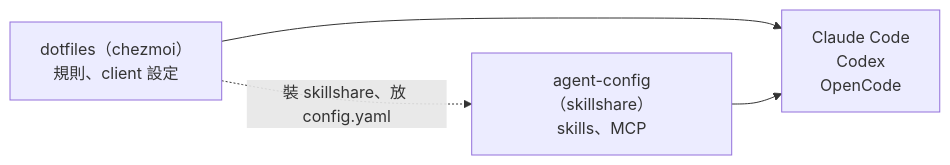
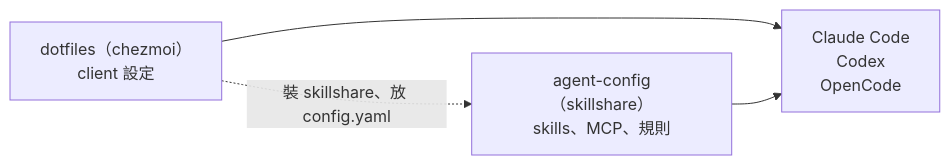
Before and after one commit to henry5720/dotfiles: the diagram in docs/ai-agent-setup.md, drawn with Mermaid. The commit also changed other lines of this file and 13 other files, not shown here.

First line of the commit message:
全域指令檔與 commit 指引交給 agent-config 的 extras

````diff
--- a/docs/ai-agent-setup.md
+++ b/docs/ai-agent-setup.md
@@ -26,10 +26,10 @@
 ```mermaid
 flowchart LR
-  dotfiles["dotfiles（chezmoi）<br/>規則、client 設定"]
-  agentconfig["agent-config（skillshare）<br/>skills、MCP"]
+  dotfiles["dotfiles（chezmoi）<br/>client 設定"]
+  agentconfig["agent-config（skillshare）<br/>skills、MCP、規則"]
   clients["Claude Code<br/>Codex<br/>OpenCode"]
 
   dotfiles --> clients
   agentconfig --> clients
   dotfiles -. "裝 skillshare、放 config.yaml" .-> agentconfig
 ```
````
